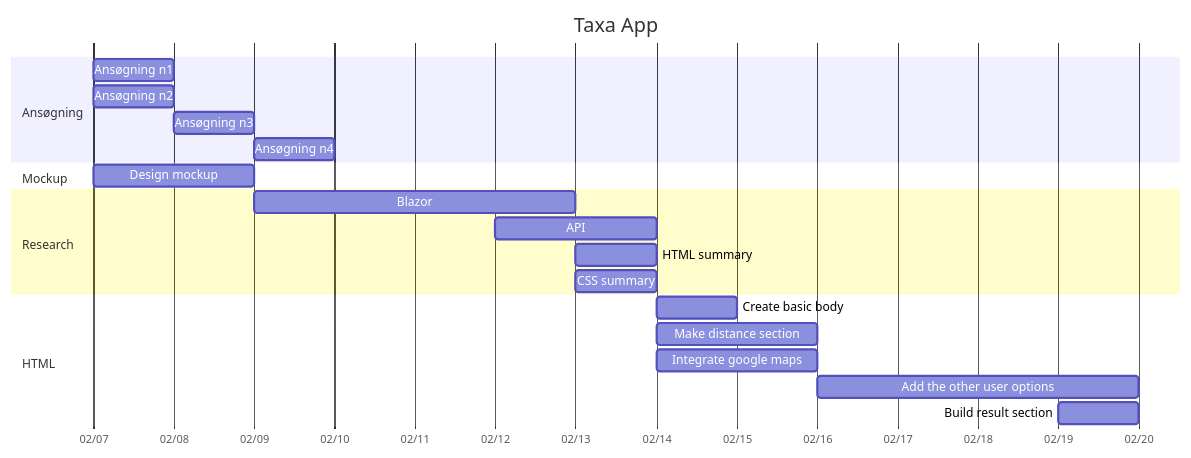
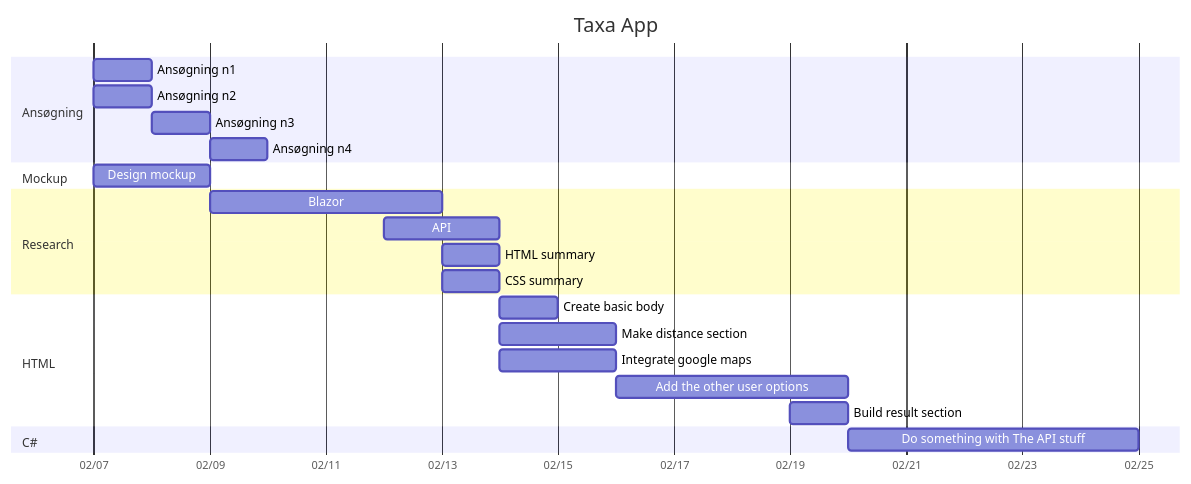
Before and after one commit to Dyerag/Taxa-app: the diagram in README.md, drawn with Mermaid.

````diff
--- a/README.md
+++ b/README.md
@@ -3,48 +3,53 @@
 ```mermaid
 
 gantt
 
     title Taxa App
 
     dateFormat DD-MM-YY
 
     axisFormat %m/%d
 
     section Ansøgning
 
     Ansøgning n1 : 07-02-24, 1d
 
     Ansøgning n2 : 07-02-24, 1d
 
     Ansøgning n3 : 08-02-24, 1d
 
     Ansøgning n4 : 09-02-24, 1d
 
 
     section Mockup
 
     Design mockup : 07-02-24, 2d
 
     section Research
 
     Blazor : 09-02-24, 4d
 
     API : 12-02-24, 2d
 
     HTML summary: 13-02-24, 1d
 
     CSS summary: 13-02-24, 1d
 
 
     section HTML
 
     Create basic body : 14-02-24, 1d
 
     Make distance section : 14-02-24, 2d
 
     Integrate google maps : 14-02-24, 2d 
 
     Add the other user options : 16-02-24, 4d
 
     Build result section : 19-02-24, 1d
+
+
+    Section C#
+
+    Do something with The API stuff : 20-02-24, 5d
 ```
````
